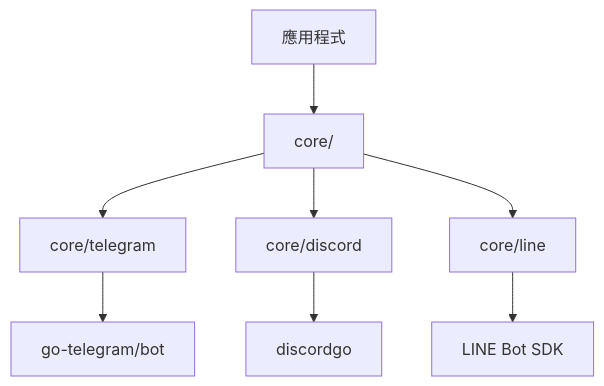
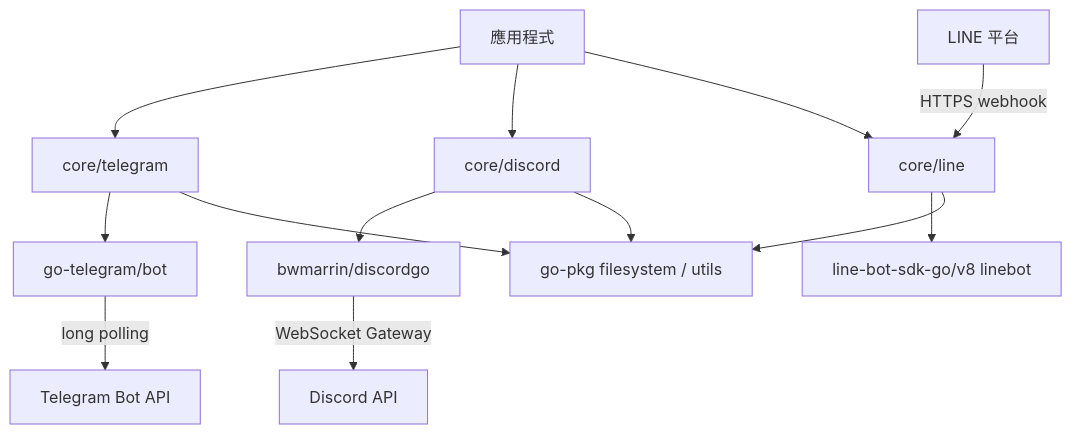
One commit to pardnchiu/go-bot changed the first of 7 diagrams in doc/architecture.zh.md. Above: the diagram before and after it, drawn with Mermaid. The commit also changed other lines of this file and 5 other files, not shown here.

````diff
--- a/doc/architecture.zh.md
+++ b/doc/architecture.zh.md
@@ -9,10 +9,15 @@
 ```mermaid
 graph TB
-    Client[應用程式] --> Core[core/]
-    Core --> Telegram[core/telegram]
-    Core --> Discord[core/discord]
-    Core --> Line[core/line]
-    Telegram --> TGSDK[go-telegram/bot]
-    Discord --> DGSDK[discordgo]
-    Line --> LNSDK[LINE Bot SDK]
+    App[應用程式] --> TG[core/telegram]
+    App --> DC[core/discord]
+    App --> LN[core/line]
+    TG --> TGSDK[go-telegram/bot]
+    DC --> DGSDK[bwmarrin/discordgo]
+    LN --> LNSDK[line-bot-sdk-go/v8 linebot]
+    TG --> PKG[go-pkg filesystem / utils]
+    DC --> PKG
+    LN --> PKG
+    TGSDK -->|long polling| TelegramAPI[Telegram Bot API]
+    DGSDK -->|WebSocket Gateway| DiscordAPI[Discord API]
+    LineAPI[LINE 平台] -->|HTTPS webhook| LN
 ```
````
